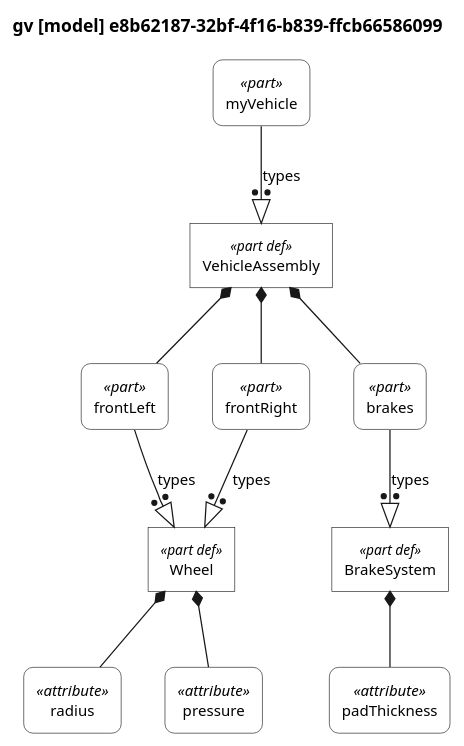
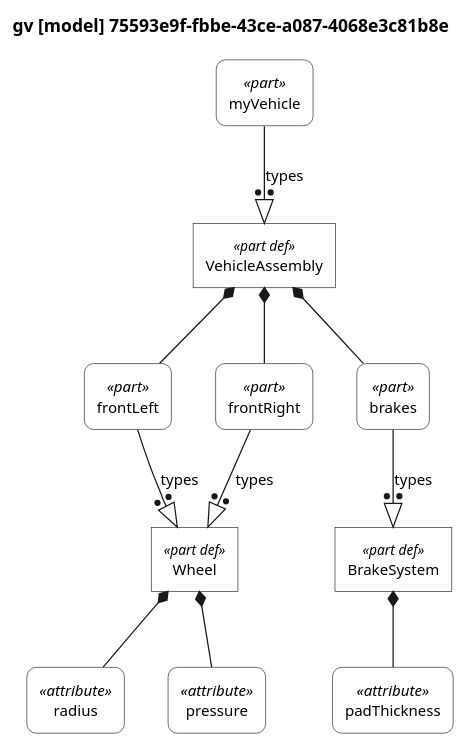
Before and after one commit to mycr0ft/sysml2py: the diagram in docs/plantuml-examples/03-vehicle-structure.puml, drawn with PlantUML. The commit also changed 27 other files, not shown here.

```diff
--- a/docs/plantuml-examples/03-vehicle-structure.puml
+++ b/docs/plantuml-examples/03-vehicle-structure.puml
@@ -1,129 +1,129 @@
 @startuml
 
 skinparam monochrome true
 skinparam wrapWidth 300
 skinparam defaultFontSize 12
 skinparam defaultFontName Helvetica
 
 ' Definitions: sharp corners, plain background
 skinparam rectangle<<part def>> {
     RoundCorner 0
     BackgroundColor white
     StereotypeFontSize 11
 }
 skinparam rectangle<<item def>> {
     RoundCorner 0
     BackgroundColor white
 }
 skinparam rectangle<<attribute def>> {
     RoundCorner 0
     BackgroundColor white
 }
 skinparam rectangle<<port def>> {
     RoundCorner 0
     BackgroundColor white
 }
 skinparam rectangle<<action def>> {
     RoundCorner 0
     BackgroundColor white
 }
 skinparam rectangle<<state def>> {
     RoundCorner 0
     BackgroundColor white
 }
 skinparam rectangle<<requirement def>> {
     RoundCorner 0
     BackgroundColor white
 }
 skinparam rectangle<<view def>> {
     RoundCorner 0
     BackgroundColor white
 }
 skinparam rectangle<<viewpoint def>> {
     RoundCorner 0
     BackgroundColor white
 }
 skinparam rectangle<<enumeration def>> {
     RoundCorner 0
     BackgroundColor white
 }
 
 ' Usages: rounded corners, plain background
 skinparam rectangle<<part>> {
     RoundCorner 15
     BackgroundColor white
 }
 skinparam rectangle<<item>> {
     RoundCorner 15
     BackgroundColor white
 }
 skinparam rectangle<<attribute>> {
     RoundCorner 15
     BackgroundColor white
 }
 skinparam rectangle<<port>> {
     RoundCorner 15
     BackgroundColor white
 }
 skinparam rectangle<<action>> {
     RoundCorner 15
     BackgroundColor white
 }
 skinparam rectangle<<state>> {
     RoundCorner 15
     BackgroundColor white
 }
 skinparam rectangle<<requirement>> {
     RoundCorner 15
     BackgroundColor white
 }
 skinparam rectangle<<view>> {
     RoundCorner 15
     BackgroundColor white
 }
 skinparam rectangle<<viewpoint>> {
     RoundCorner 15
     BackgroundColor white
 }
 skinparam rectangle<<enumeration>> {
     RoundCorner 15
     BackgroundColor white
 }
 
 ' Views as folders
 skinparam folder<<view def>> {
     BackgroundColor white
 }
 skinparam folder<<view>> {
     BackgroundColor white
 }
 
 top to bottom direction
 
-title gv [model] e8b62187-32bf-4f16-b839-ffcb66586099
+title gv [model] 75593e9f-fbbe-43ce-a087-4068e3c81b8e
 
 hide circle
 
 rectangle "Wheel" as E1 <<part def>>
 rectangle "radius" as E2 <<attribute>>
 rectangle "pressure" as E4 <<attribute>>
 rectangle "BrakeSystem" as E6 <<part def>>
 rectangle "padThickness" as E7 <<attribute>>
 rectangle "VehicleAssembly" as E9 <<part def>>
 rectangle "frontLeft" as E10 <<part>>
 rectangle "frontRight" as E11 <<part>>
 rectangle "brakes" as E12 <<part>>
 rectangle "myVehicle" as E13 <<part>>
 
 E1 *-- E2
 E1 *-- E4
 E6 *-- E7
 E9 *-- E10
 E10 --:|> E1 : types
 E9 *-- E11
 E11 --:|> E1 : types
 E9 *-- E12
 E12 --:|> E6 : types
 E13 --:|> E9 : types
 
 @enduml
```
